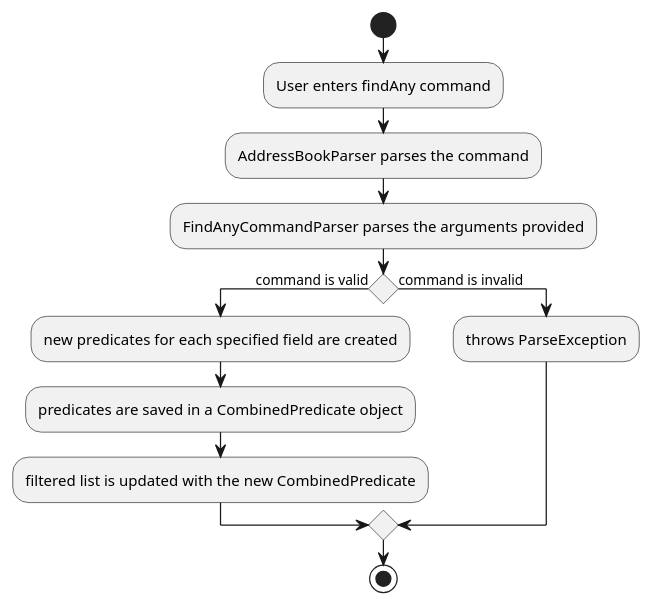
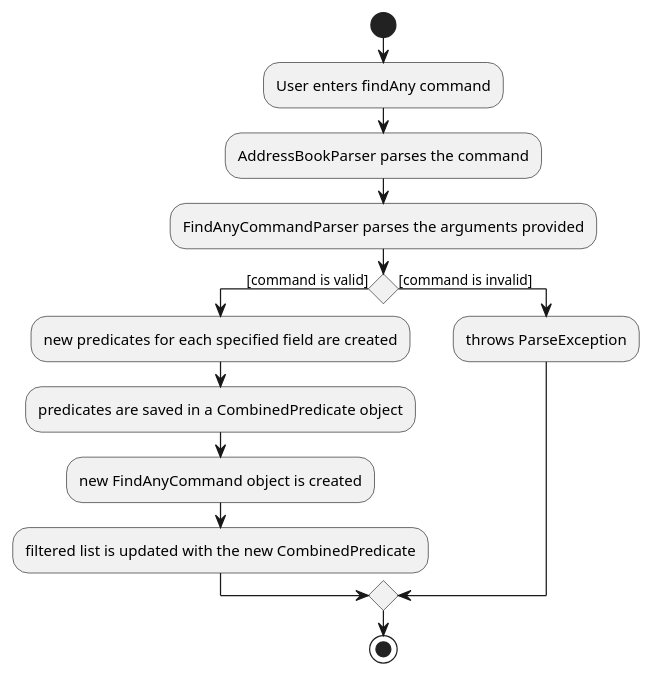
One commit to pranav-ganesh/tp changed the diagram in docs/diagrams/FindActivityDiagram.puml. Above: the diagram before and after it, drawn with PlantUML. The commit also changed 6 other files, not shown here.

```diff
--- a/docs/diagrams/FindActivityDiagram.puml
+++ b/docs/diagrams/FindActivityDiagram.puml
@@ -1,19 +1,20 @@
 @startuml
 'https://plantuml.com/activity-diagram-beta
 
 start
 :User enters findAny command;
 :AddressBookParser parses the command;
 :FindAnyCommandParser parses the arguments provided;
-if () then (command is valid)
+if () then ([command is valid])
   :new predicates for each specified field are created;
   :predicates are saved in a CombinedPredicate object;
+  :new FindAnyCommand object is created;
   :filtered list is updated with the new CombinedPredicate;
-else (command is invalid)
+else ([command is invalid])
   :throws ParseException;
 endif
 
 
 stop
 
 @enduml
```
